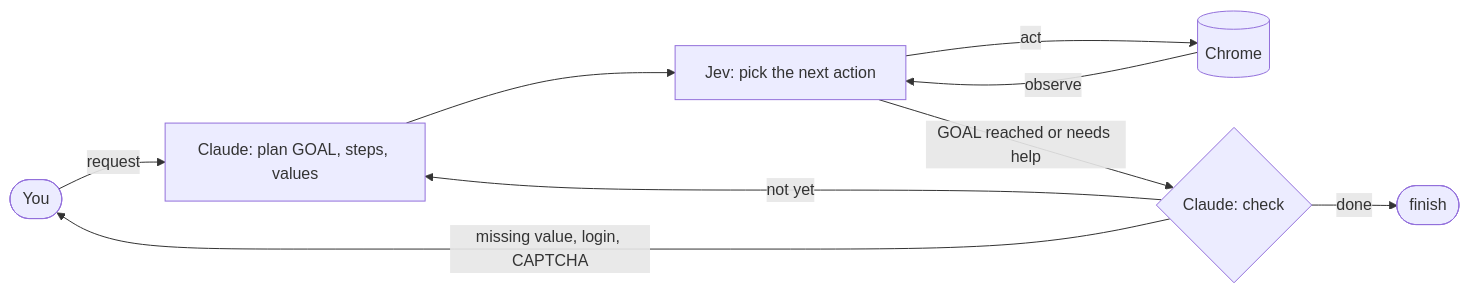
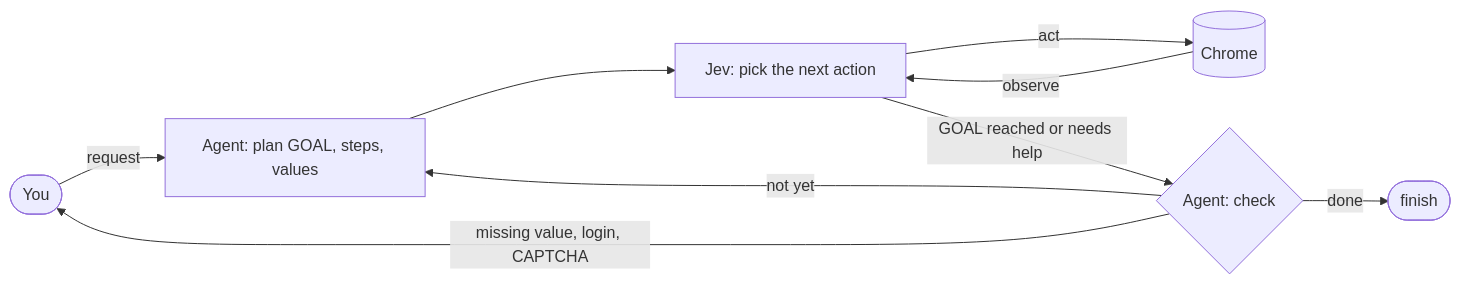
The diagram in README.md (sakamoto66/webhand), drawn with Mermaid before and after one commit. The commit also changed other lines of this file and 38 other files, not shown here.

First line of the commit message:
Add multi-agent support for Antigravity and Codex alongside Claude Code

````diff
--- a/README.md
+++ b/README.md
@@ -46,11 +64,11 @@
 ```mermaid
 flowchart LR
-    U([You]) -->|request| P[Claude: plan GOAL, steps, values]
+    U([You]) -->|request| P[Agent: plan GOAL, steps, values]
     P --> R[Jev: pick the next action]
     R -->|act| B[(Chrome)]
     B -->|observe| R
-    R -->|GOAL reached or needs help| C{Claude: check}
+    R -->|GOAL reached or needs help| C{Agent: check}
     C -->|done| F([finish])
     C -->|not yet| P
     C -->|missing value, login, CAPTCHA| U
 ```
````
